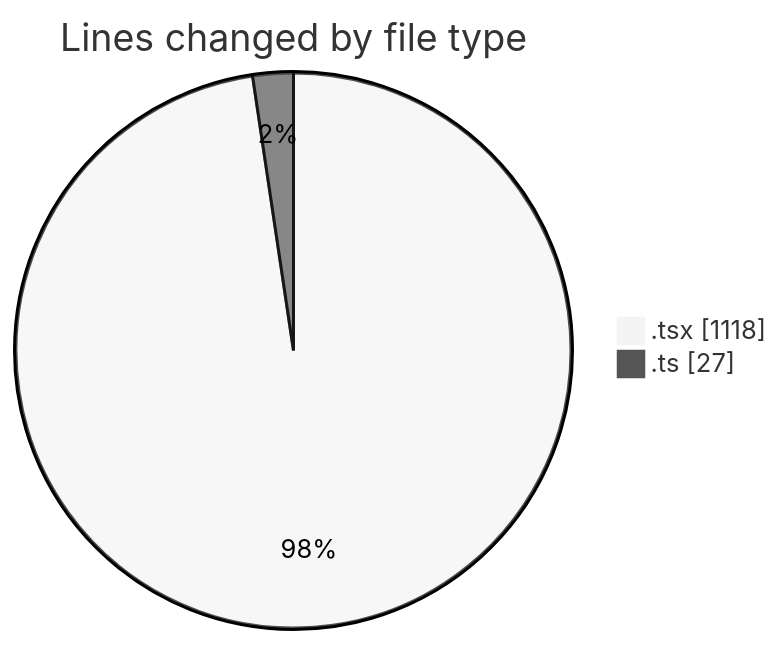
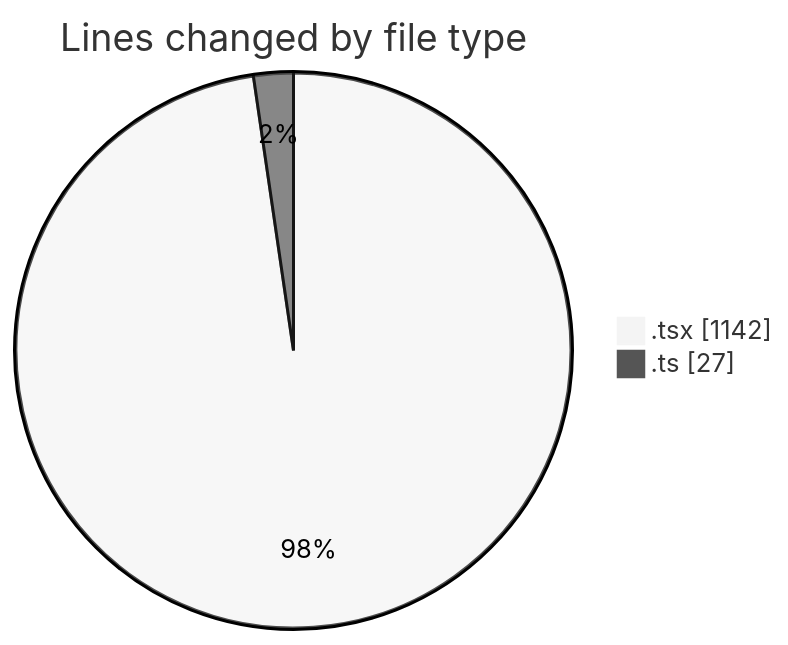
The first of 2 diagrams in 2025-02-11/cda/README.md (momahboobian/code-tracking), drawn with Mermaid (neutral theme) before and after one commit. The commit also changed other lines of this file and 1 other file, not shown here.

First line of the commit message:
type(cda): Lines of code added and removed in RequestForm.tsx The commit message for this update is:

````diff
--- a/2025-02-11/cda/README.md
+++ b/2025-02-11/cda/README.md
@@ -21,6 +21,6 @@
 ```mermaid
 pie showData
 title Lines changed by file type
-".tsx" : 1118
+".tsx" : 1142
 ".ts" : 27
 ```
````
